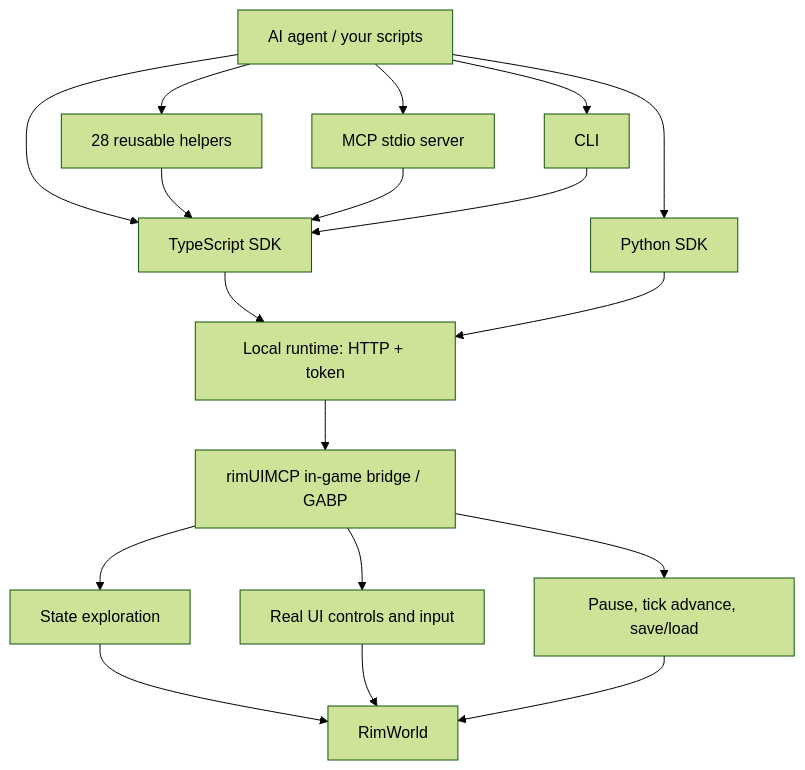
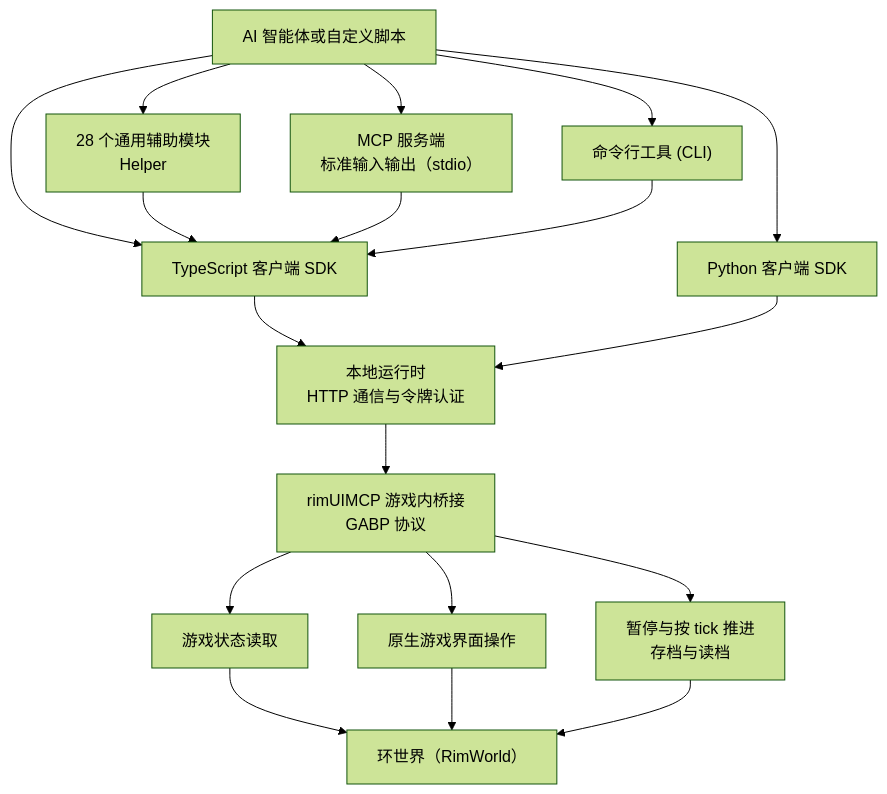
The diagram in README.md (Hcrab/rimUIMCP), drawn with Mermaid (forest theme) before and after one commit. The commit also changed 1 other file, not shown here.

Commit message:
Localize and clarify README architecture diagrams

````diff
--- a/README.md
+++ b/README.md
@@ -109,20 +109,20 @@
 ```mermaid
 flowchart TD
-    AI[AI agent / your scripts] --> MCP[MCP stdio server]
-    AI --> CLI[CLI]
-    AI --> TS[TypeScript SDK]
-    AI --> PY[Python SDK]
-    AI --> HELP[28 reusable helpers]
+    AI["AI 智能体或自定义脚本"] --> MCP["MCP 服务端<br/>标准输入输出（stdio）"]
+    AI --> CLI["命令行工具 (CLI)"]
+    AI --> TS["TypeScript 客户端 SDK"]
+    AI --> PY["Python 客户端 SDK"]
+    AI --> HELP["28 个通用辅助模块<br/>Helper"]
     HELP --> TS
     MCP --> TS
     CLI --> TS
-    TS --> HOST[Local runtime: HTTP + token]
+    TS --> HOST["本地运行时<br/>HTTP 通信与令牌认证"]
     PY --> HOST
-    HOST --> BRIDGE[rimUIMCP in-game bridge / GABP]
-    BRIDGE --> READ[State exploration]
-    BRIDGE --> UI[Real UI controls and input]
-    BRIDGE --> TIME[Pause, tick advance, save/load]
-    READ --> GAME[RimWorld]
+    HOST --> BRIDGE["rimUIMCP 游戏内桥接<br/>GABP 协议"]
+    BRIDGE --> READ["游戏状态读取"]
+    BRIDGE --> UI["原生游戏界面操作"]
+    BRIDGE --> TIME["暂停与按 tick 推进<br/>存档与读档"]
+    READ --> GAME["环世界（RimWorld）"]
     UI --> GAME
     TIME --> GAME
 ```
````
